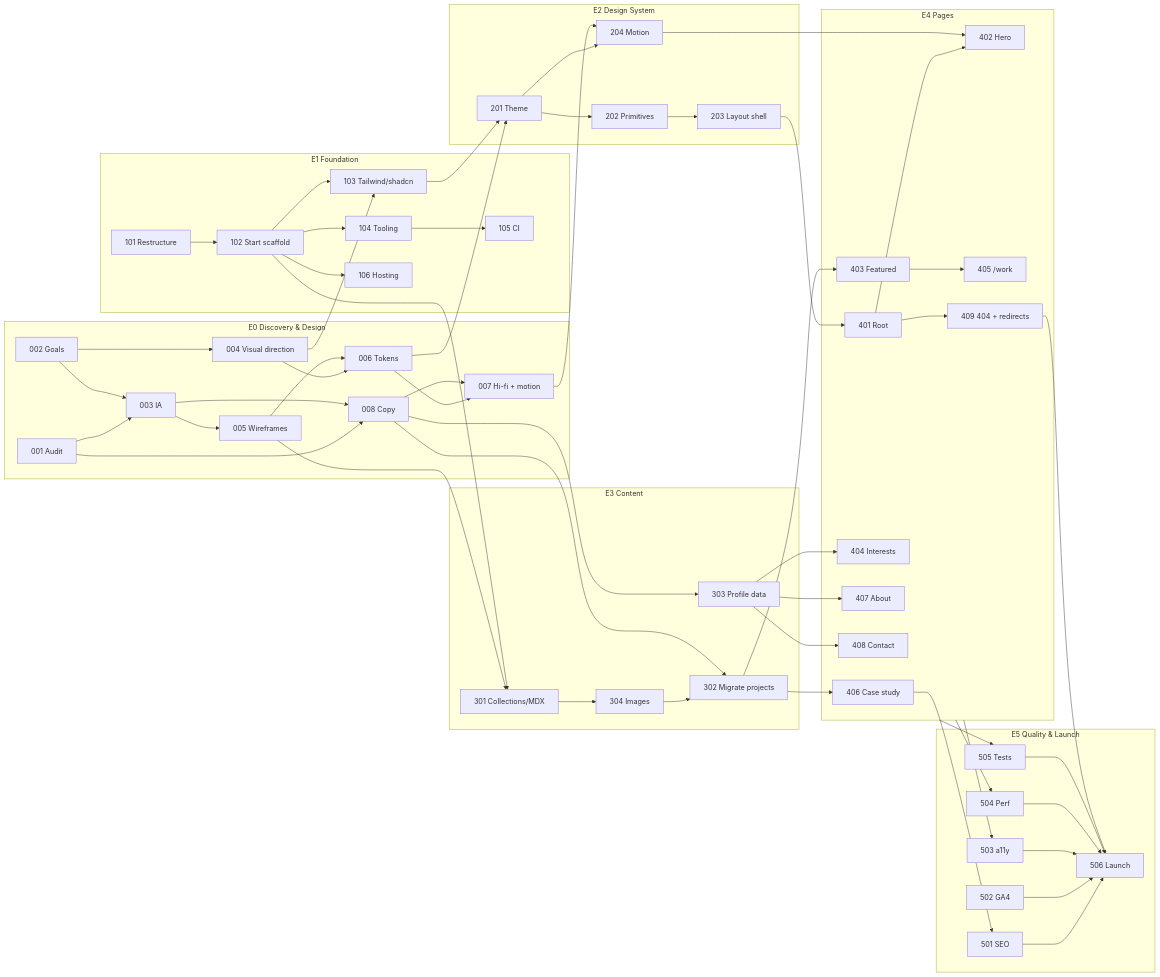
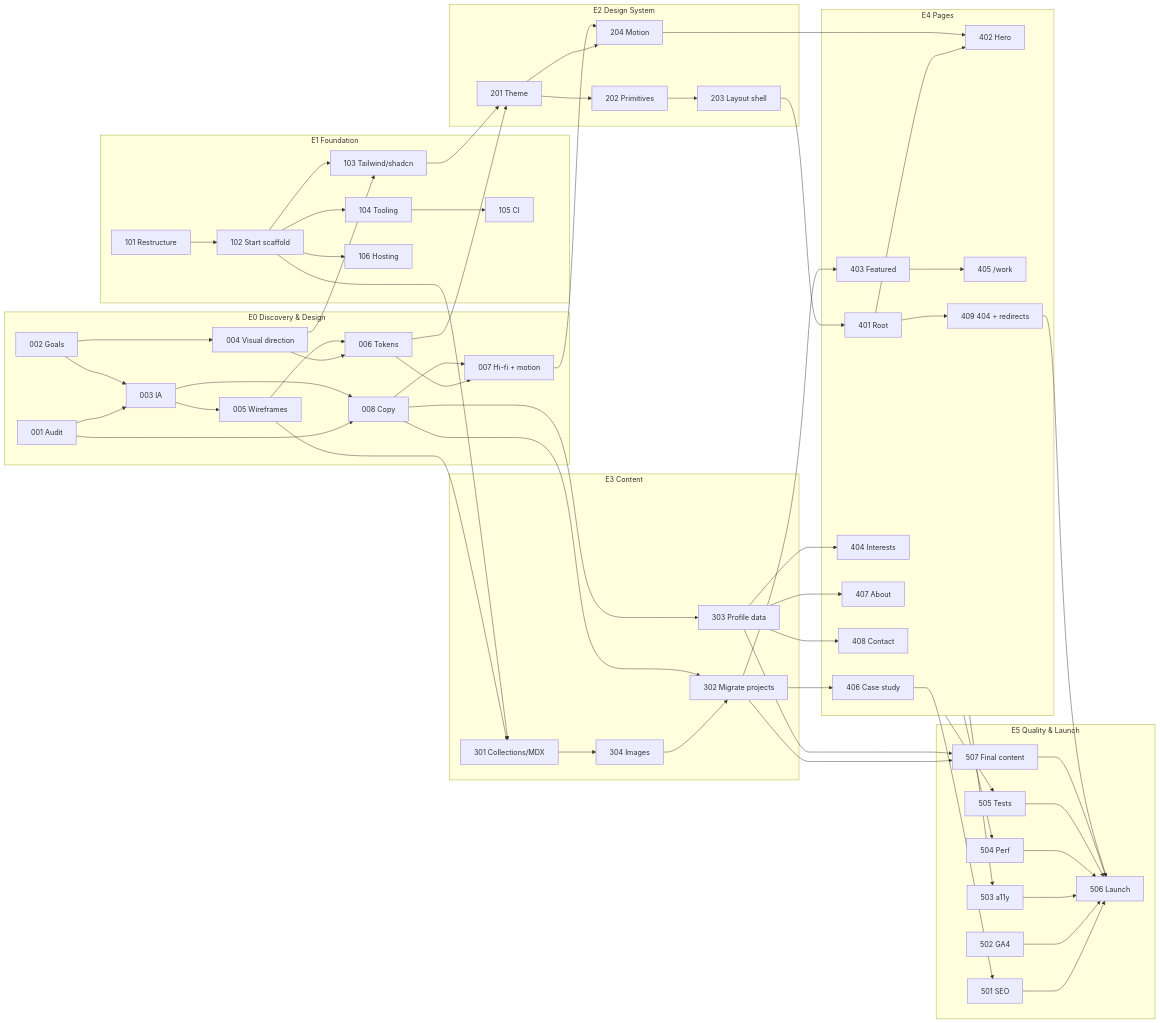
The diagram in tickets/README.md (bibibranco/bibibrancov3), drawn with Mermaid before and after one commit. The commit also changed other lines of this file and 21 other files, not shown here.

First line of the commit message:
feat(PORT-302): draft MDX for all nine projects, and PORT-507 launch content gate

````diff
--- a/tickets/README.md
+++ b/tickets/README.md
@@ -38,62 +38,64 @@
 ```mermaid
 flowchart LR
   subgraph E0[E0 Discovery & Design]
     P001[001 Audit] --> P003[003 IA]
     P002[002 Goals] --> P003
     P002 --> P004[004 Visual direction]
     P003 --> P005[005 Wireframes]
     P004 --> P006[006 Tokens]
     P005 --> P006
     P001 --> P008[008 Copy]
     P003 --> P008
     P006 --> P007[007 Hi-fi + motion]
     P008 --> P007
   end
   subgraph E1[E1 Foundation]
     P101[101 Restructure] --> P102[102 Start scaffold]
     P102 --> P103[103 Tailwind/shadcn]
     P102 --> P104[104 Tooling] --> P105[105 CI]
     P102 --> P106[106 Hosting]
   end
   subgraph E2[E2 Design System]
     P201[201 Theme] --> P202[202 Primitives] --> P203[203 Layout shell]
     P201 --> P204[204 Motion]
   end
   subgraph E3[E3 Content]
     P301[301 Collections/MDX] --> P304[304 Images] --> P302[302 Migrate projects]
     P303[303 Profile data]
   end
   subgraph E4[E4 Pages]
     P401[401 Root] --> P402[402 Hero]
     P403[403 Featured] --> P405[405 /work]
     P406[406 Case study]
     P404[404 Interests]
     P407[407 About]
     P408[408 Contact]
     P409[409 404 + redirects]
   end
   subgraph E5[E5 Quality & Launch]
-    P501[501 SEO] & P502[502 GA4] & P503[503 a11y] & P504[504 Perf] & P505[505 Tests] --> P506[506 Launch]
+    P501[501 SEO] & P502[502 GA4] & P503[503 a11y] & P504[504 Perf] & P505[505 Tests] & P507[507 Final content] --> P506[506 Launch]
   end
   P103 --> P201
   P004 --> P103
   P006 --> P201
   P007 --> P204
   P102 --> P301
   P005 --> P301
   P008 --> P302
   P008 --> P303
   P203 --> P401
   P204 --> P402
   P302 --> P403
   P302 --> P406
   P303 --> P404
   P303 --> P407
   P303 --> P408
   P401 --> P409
   P406 --> P501
   E4 --> P503
   E4 --> P504
   E4 --> P505
   P409 --> P506
+  P302 --> P507
+  P303 --> P507
 ```
````
